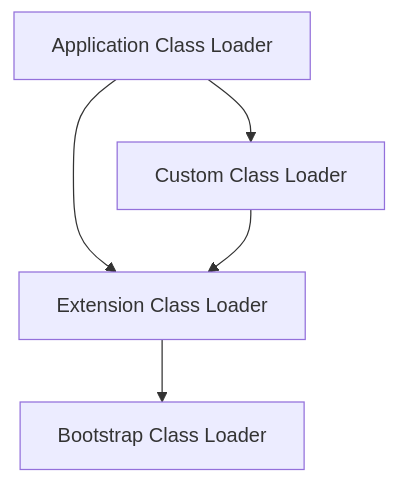
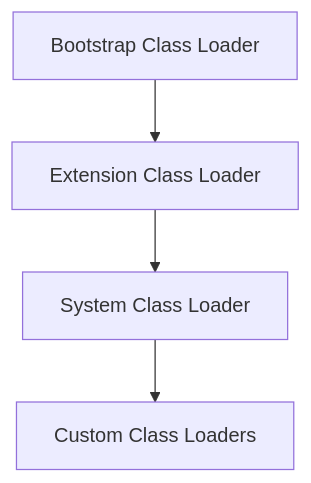
The second of 2 diagrams in jvm-internals-class-loading/README.md (VrushankPatel/interview-matters), drawn with Mermaid before and after one commit. The commit also changed other lines of this file and 7 other files, not shown here.

````diff
--- a/jvm-internals-class-loading/README.md
+++ b/jvm-internals-class-loading/README.md
@@ -134,7 +52,6 @@
 ```mermaid
-graph TD
-    A[Application Class Loader] --> B[Extension Class Loader]
-    B --> C[Bootstrap Class Loader]
-    A --> D[Custom Class Loader]
-    D --> B
+flowchart TD
+    A[Bootstrap Class Loader] --> B[Extension Class Loader]
+    B --> C[System Class Loader]
+    C --> D[Custom Class Loaders]
 ```
````
